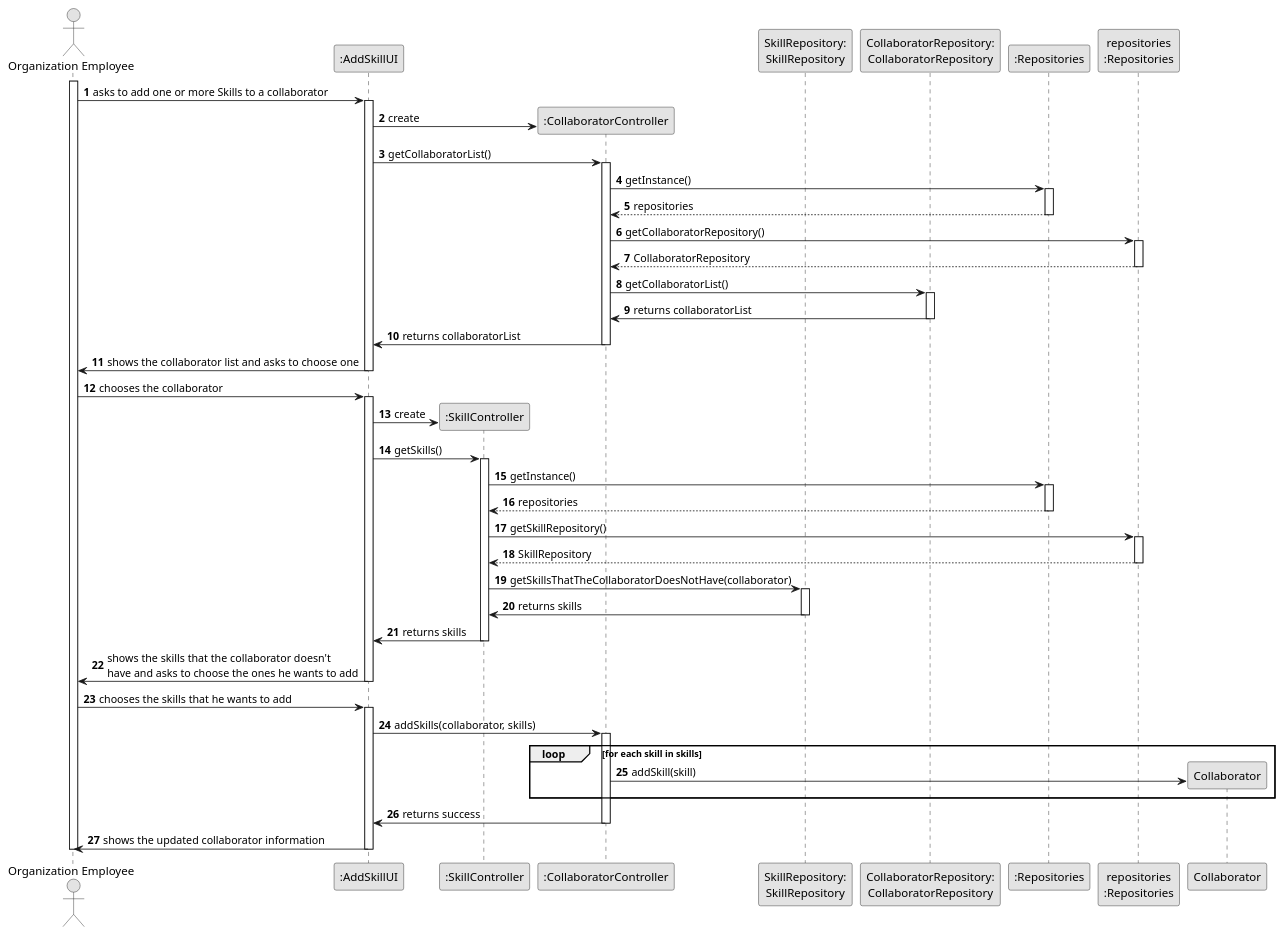
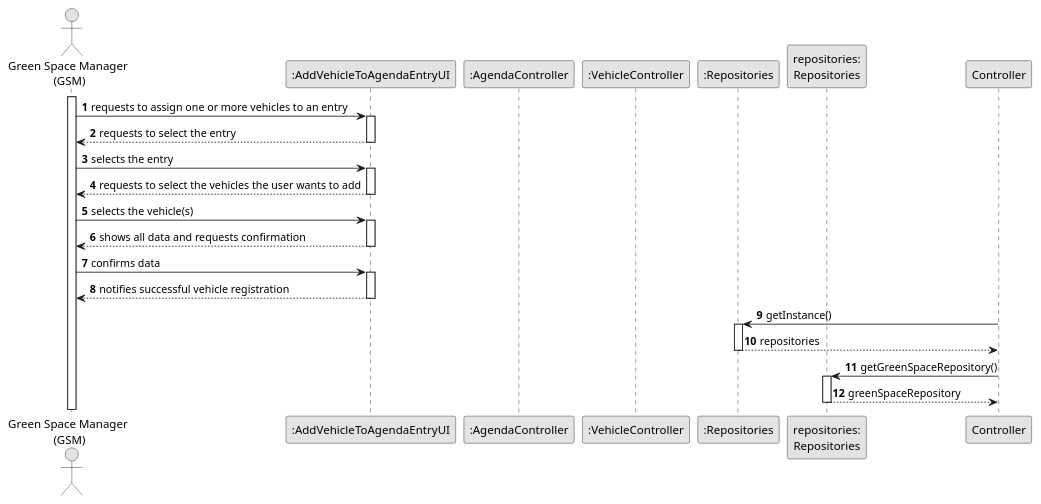
The diagram in docs/sprintC/us026/03.design/puml/us004-sequence-diagram-full.puml (RicardoMorim/lapr2-ISEP-Project), drawn with PlantUML before and after one commit. The commit also changed 63 other files, not shown here.

```diff
--- a/docs/sprintC/us026/03.design/puml/us004-sequence-diagram-full.puml
+++ b/docs/sprintC/us026/03.design/puml/us004-sequence-diagram-full.puml
@@ -1,88 +1,47 @@
 @startuml
 skinparam monochrome true
 skinparam packageStyle rectangle
 skinparam shadowing false
 
 autonumber
 
 'hide footbox
-actor "Organization Employee" as ADM
-participant ":AddSkillUI" as UI
-participant ":SkillController" as SkillCTRL
-participant ":CollaboratorController" as CollaboratorCTRL
-participant "SkillRepository:\nSkillRepository" as SkillRepository
-participant "CollaboratorRepository:\nCollaboratorRepository" as CollaboratorRepository
+actor "Green Space Manager \n(GSM)" as GSM
+participant ":AddVehicleToAgendaEntryUI" as UI
+participant ":AgendaController" as agendaController
+participant ":VehicleController" as vehicleController
+participant ":Repositories" as RepositorySingleton
+participant "repositories:\nRepositories" as PLAT
 
+activate GSM
 
-participant ":Repositories" as RepositorySingleton
-participant "repositories\n:Repositories" as PLAT
+GSM -> UI : requests to assign one or more vehicles to an entry
+activate UI
+UI --> GSM : requests to select the entry
+deactivate UI
+GSM -> UI : selects the entry
+activate UI
+    UI --> GSM : requests to select the vehicles the user wants to add
+deactivate UI
+    GSM -> UI : selects the vehicle(s)
+   activate UI
+       UI --> GSM : shows all data and requests confirmation
+       deactivate UI
+   deactivate UI
+       GSM -> UI : confirms data
+       activate UI
+       UI --> GSM: notifies successful vehicle registration
+   deactivate UI
+Controller -> RepositorySingleton : getInstance()
+                                        activate RepositorySingleton
 
-activate ADM
-    ADM -> UI : asks to add one or more Skills to a collaborator
-    activate UI
-    UI -> CollaboratorCTRL** : create
-       UI -> CollaboratorCTRL: getCollaboratorList()
-       activate CollaboratorCTRL
-                       CollaboratorCTRL -> RepositorySingleton : getInstance()
-                       activate RepositorySingleton
+                                            RepositorySingleton --> Controller: repositories
+                                        deactivate RepositorySingleton
 
-                           RepositorySingleton --> CollaboratorCTRL: repositories
-                       deactivate RepositorySingleton
+                                        Controller -> PLAT : getGreenSpaceRepository()
+                                        activate PLAT
 
-                       CollaboratorCTRL -> PLAT : getCollaboratorRepository()
-                       activate PLAT
-
-                           PLAT --> CollaboratorCTRL: CollaboratorRepository
-                       deactivate PLAT
-
-
-
-                       CollaboratorCTRL -> CollaboratorRepository : getCollaboratorList()
-                       activate CollaboratorRepository
-
-                    CollaboratorRepository -> CollaboratorCTRL: returns collaboratorList
-                deactivate CollaboratorRepository
-           CollaboratorCTRL -> UI: returns collaboratorList
-       deactivate CollaboratorCTRL
-       UI -> ADM: shows the collaborator list and asks to choose one
-    deactivate UI
-    ADM -> UI : chooses the collaborator
-
-    activate UI
-        UI -> SkillCTRL** : create
-        UI -> SkillCTRL : getSkills()
-        activate SkillCTRL
-        SkillCTRL -> RepositorySingleton : getInstance()
-             activate RepositorySingleton
-
-                  RepositorySingleton --> SkillCTRL: repositories
-             deactivate RepositorySingleton
-            SkillCTRL -> PLAT : getSkillRepository()
-            activate PLAT
-            PLAT --> SkillCTRL: SkillRepository
-            deactivate PLAT
-            SkillCTRL -> SkillRepository: getSkillsThatTheCollaboratorDoesNotHave(collaborator)
-            activate SkillRepository
-                SkillRepository -> SkillCTRL: returns skills
-            deactivate SkillRepository
-
-            SkillCTRL -> UI: returns skills
-            deactivate SkillCTRL
-
-        UI -> ADM: shows the skills that the collaborator doesn't \nhave and asks to choose the ones he wants to add
-    deactivate UI
-    ADM -> UI: chooses the skills that he wants to add
-
-    activate UI
-        UI -> CollaboratorCTRL: addSkills(collaborator, skills)
-        activate CollaboratorCTRL
-        loop for each skill in skills
-            CollaboratorCTRL -> Collaborator** : addSkill(skill)
-        end
-        CollaboratorCTRL -> UI: returns success
-    deactivate CollaboratorCTRL
-    UI -> ADM: shows the updated collaborator information
-    deactivate UI
-deactivate ADM
+                                            PLAT --> Controller : greenSpaceRepository
+                                        deactivate PLAT
 
 @enduml
```
